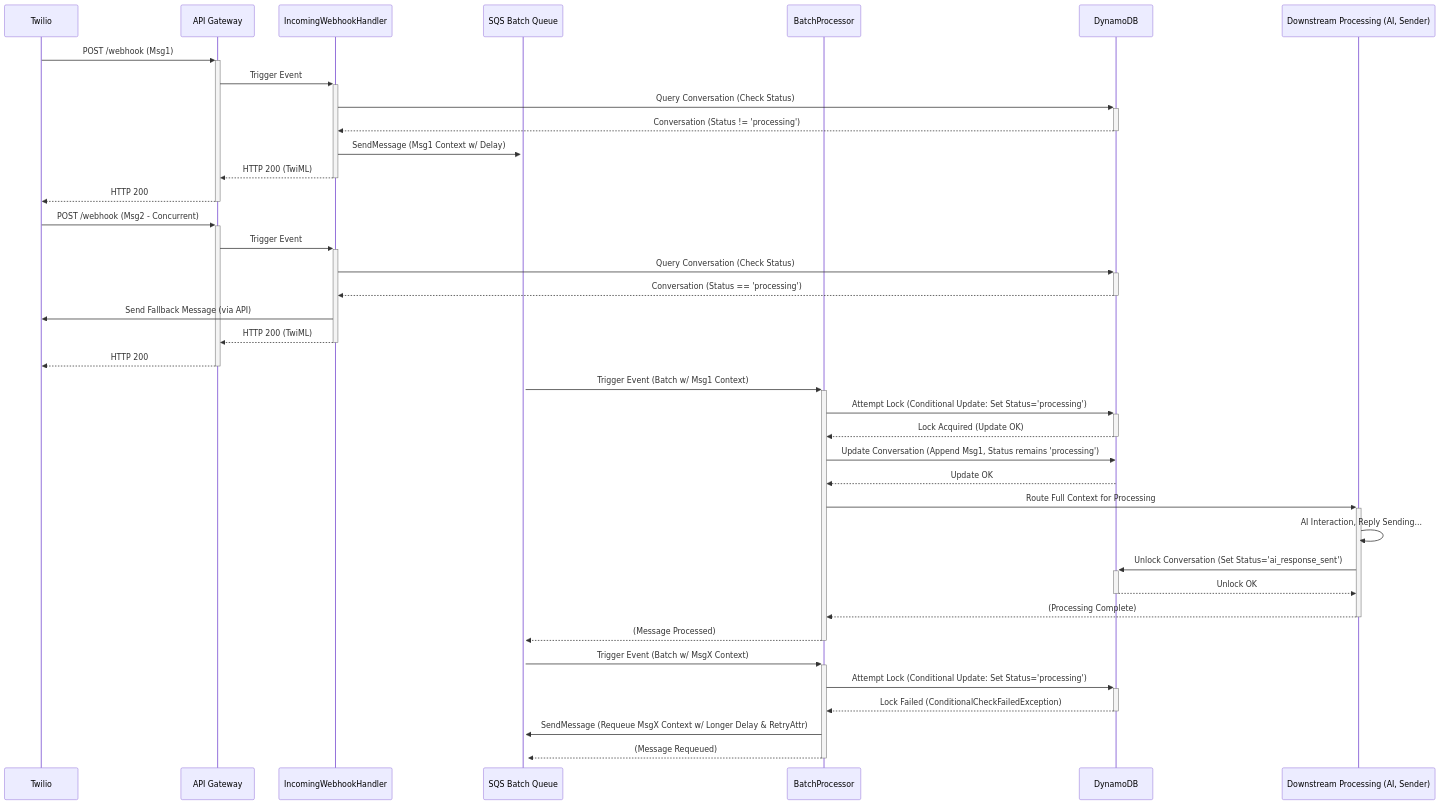
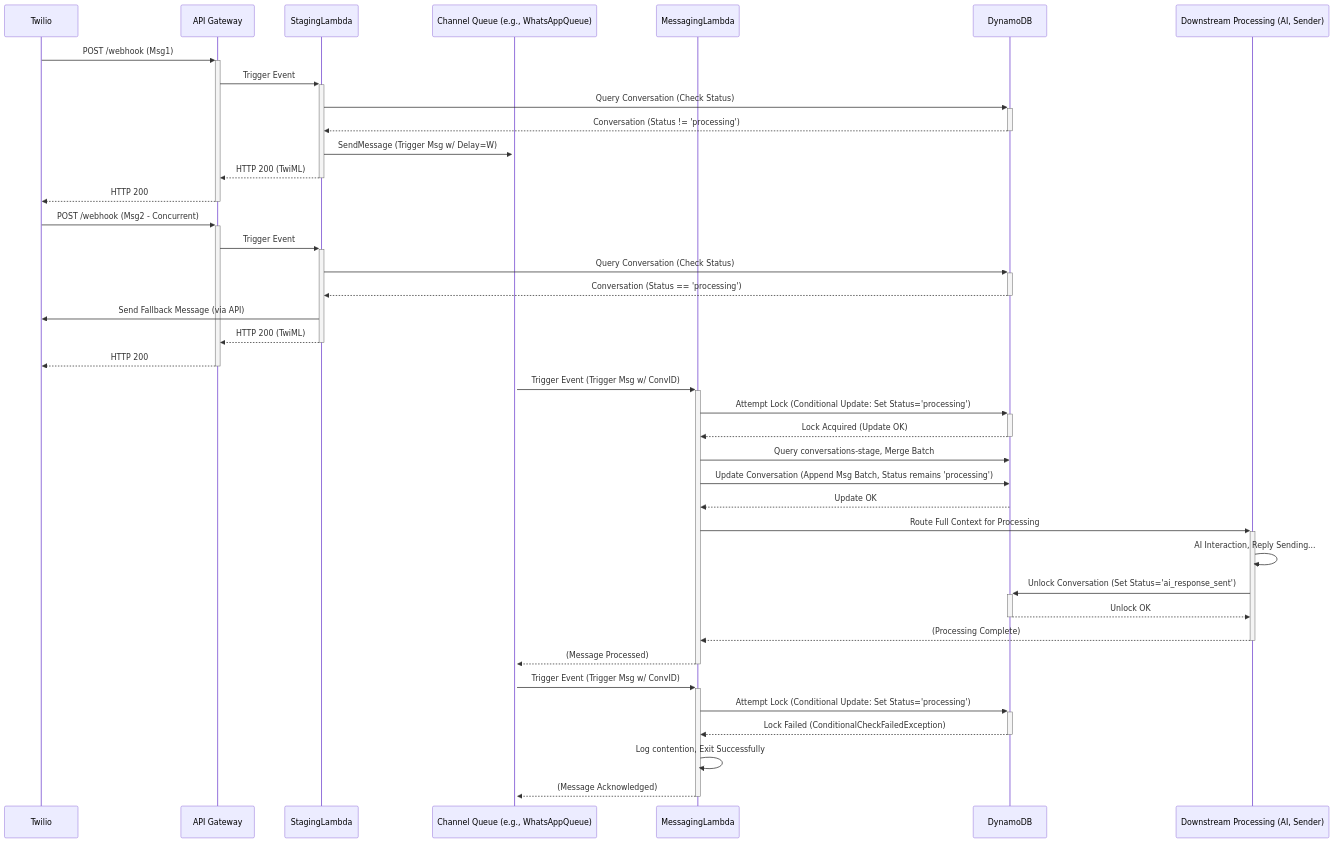
One commit to junksamiad/replies-engine changed the fifth of 5 diagrams in replies_engine_docs/lld/final_docs/lambdas_processing_flow.md. Above: the diagram before and after it, drawn with Mermaid. The commit also changed other lines of this file and 3 other files, not shown here.

Commit message:
Docs: Align LLDs with Channel Queue trigger mechanism

````diff
--- a/replies_engine_docs/lld/final_docs/lambdas_processing_flow.md
+++ b/replies_engine_docs/lld/final_docs/lambdas_processing_flow.md
@@ -274,48 +274,49 @@
 ```mermaid
 sequenceDiagram
     participant Twilio
     participant APIGW as API Gateway
-    participant Lambda1 as IncomingWebhookHandler
-    participant SQSBatch as SQS Batch Queue
-    participant Lambda2 as BatchProcessor
+    participant Lambda1 as StagingLambda
+    participant SQSChannel as Channel Queue (e.g., WhatsAppQueue)
+    participant Lambda2 as MessagingLambda
     participant DynamoDB
     participant Downstream as Downstream Processing (AI, Sender)
 
     Twilio->>+APIGW: POST /webhook (Msg1)
     APIGW->>+Lambda1: Trigger Event
     Lambda1->>+DynamoDB: Query Conversation (Check Status)
     DynamoDB-->>-Lambda1: Conversation (Status != 'processing')
-    Lambda1->>+SQSBatch: SendMessage (Msg1 Context w/ Delay)
+    Lambda1->>+SQSChannel: SendMessage (Trigger Msg w/ Delay=W)
     Lambda1-->>-APIGW: HTTP 200 (TwiML)
     APIGW-->>-Twilio: HTTP 200
 
     %% Message arriving while locked %%
     Twilio->>+APIGW: POST /webhook (Msg2 - Concurrent)
     APIGW->>+Lambda1: Trigger Event
     Lambda1->>+DynamoDB: Query Conversation (Check Status)
     DynamoDB-->>-Lambda1: Conversation (Status == 'processing')
     Lambda1->>Twilio: Send Fallback Message (via API)
     Lambda1-->>-APIGW: HTTP 200 (TwiML)
     APIGW-->>-Twilio: HTTP 200
 
     %% Batch Processing after Delay %%
-    SQSBatch->>+Lambda2: Trigger Event (Batch w/ Msg1 Context)
+    SQSChannel->>+Lambda2: Trigger Event (Trigger Msg w/ ConvID)
     Lambda2->>+DynamoDB: Attempt Lock (Conditional Update: Set Status='processing')
     DynamoDB-->>-Lambda2: Lock Acquired (Update OK)
-    Lambda2->>DynamoDB: Update Conversation (Append Msg1, Status remains 'processing')
+    Lambda2->>DynamoDB: Query conversations-stage, Merge Batch
+    Lambda2->>DynamoDB: Update Conversation (Append Msg Batch, Status remains 'processing')
     DynamoDB-->>Lambda2: Update OK
     Lambda2->>+Downstream: Route Full Context for Processing
     Downstream->>Downstream: AI Interaction, Reply Sending...
     Downstream->>+DynamoDB: Unlock Conversation (Set Status='ai_response_sent')
     DynamoDB-->>-Downstream: Unlock OK
     Downstream-->>-Lambda2: (Processing Complete)
-    Lambda2-->>-SQSBatch: (Message Processed)
+    Lambda2-->>-SQSChannel: (Message Processed)
 
 
     %% Lock Contention Scenario %%
-    SQSBatch->>+Lambda2: Trigger Event (Batch w/ MsgX Context)
+    SQSChannel->>+Lambda2: Trigger Event (Trigger Msg w/ ConvID)
     Lambda2->>+DynamoDB: Attempt Lock (Conditional Update: Set Status='processing')
     DynamoDB-->>-Lambda2: Lock Failed (ConditionalCheckFailedException)
-    Lambda2->>+SQSBatch: SendMessage (Requeue MsgX Context w/ Longer Delay & RetryAttr)
-    Lambda2-->>-SQSBatch: (Message Requeued)
+    Lambda2->>Lambda2: Log contention, Exit Successfully
+    Lambda2-->>-SQSChannel: (Message Acknowledged)
 ```
````
